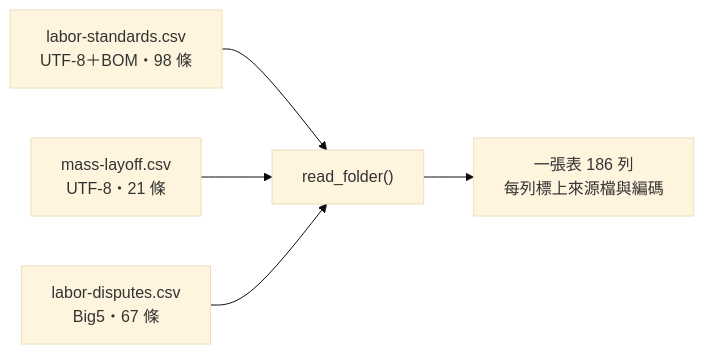
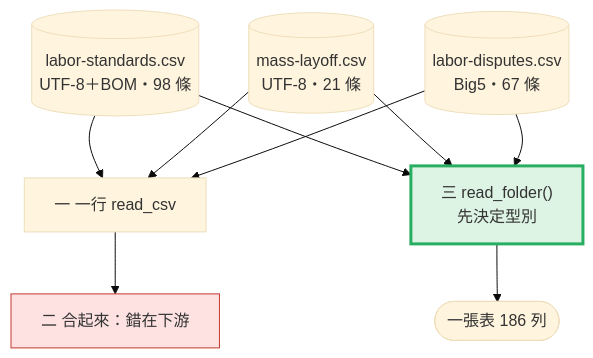
One commit to 4-learn/data-analysis-and-process-demo changed the first of 9 diagrams in 2026/02-read-files.md. Above: the diagram before and after it, drawn with Mermaid (base theme). The commit also changed other lines of this file and 39 other files, not shown here.

Commit message:
[pm] docs: 18 節改為「每段一張圖」：程式切成小段，每段附位置圖與步驟圖

````diff
--- a/2026/02-read-files.md
+++ b/2026/02-read-files.md
@@ -36,7 +23,13 @@
 ```mermaid
-flowchart LR
-    A["labor-standards.csv<br/>UTF-8＋BOM・98 條"] --> R["read_folder()"]
-    B["mass-layoff.csv<br/>UTF-8・21 條"] --> R
-    C["labor-disputes.csv<br/>Big5・67 條"] --> R
-    R --> T["一張表 186 列<br/>每列標上來源檔與編碼"]
+flowchart TD
+    A[("labor-standards.csv<br/>UTF-8＋BOM・98 條")] --> N["一 一行 read_csv"]
+    B[("mass-layoff.csv<br/>UTF-8・21 條")] --> N
+    C[("labor-disputes.csv<br/>Big5・67 條")] --> N
+    N --> P["二 合起來：錯在下游"]
+    A --> R["三 read_folder()<br/>先決定型別"]
+    B --> R
+    C --> R
+    R --> T(["一張表 186 列"])
+    style P fill:#fde2e1,stroke:#c0392b
+    style R fill:#ddf3e4,stroke:#27ae60,stroke-width:3px
 ```
````
